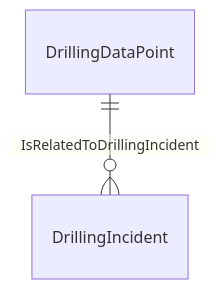
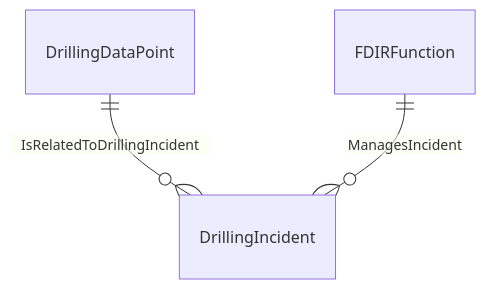
Diagram 15 of 16 in docs/vocabulary_development/auto-generated/md/definition-files/DrillingIncident.md (D-WIS/DDHub-Semantic-Interoperability), drawn with Mermaid before and after one commit. The commit also changed other lines of this file and 16 other files, not shown here.

````diff
--- a/docs/vocabulary_development/auto-generated/md/definition-files/DrillingIncident.md
+++ b/docs/vocabulary_development/auto-generated/md/definition-files/DrillingIncident.md
@@ -135,4 +732,5 @@
 ```mermaid
 erDiagram
 DrillingDataPoint ||--o{ DrillingIncident : IsRelatedToDrillingIncident
+FDIRFunction ||--o{ DrillingIncident : ManagesIncident
 ```
````
